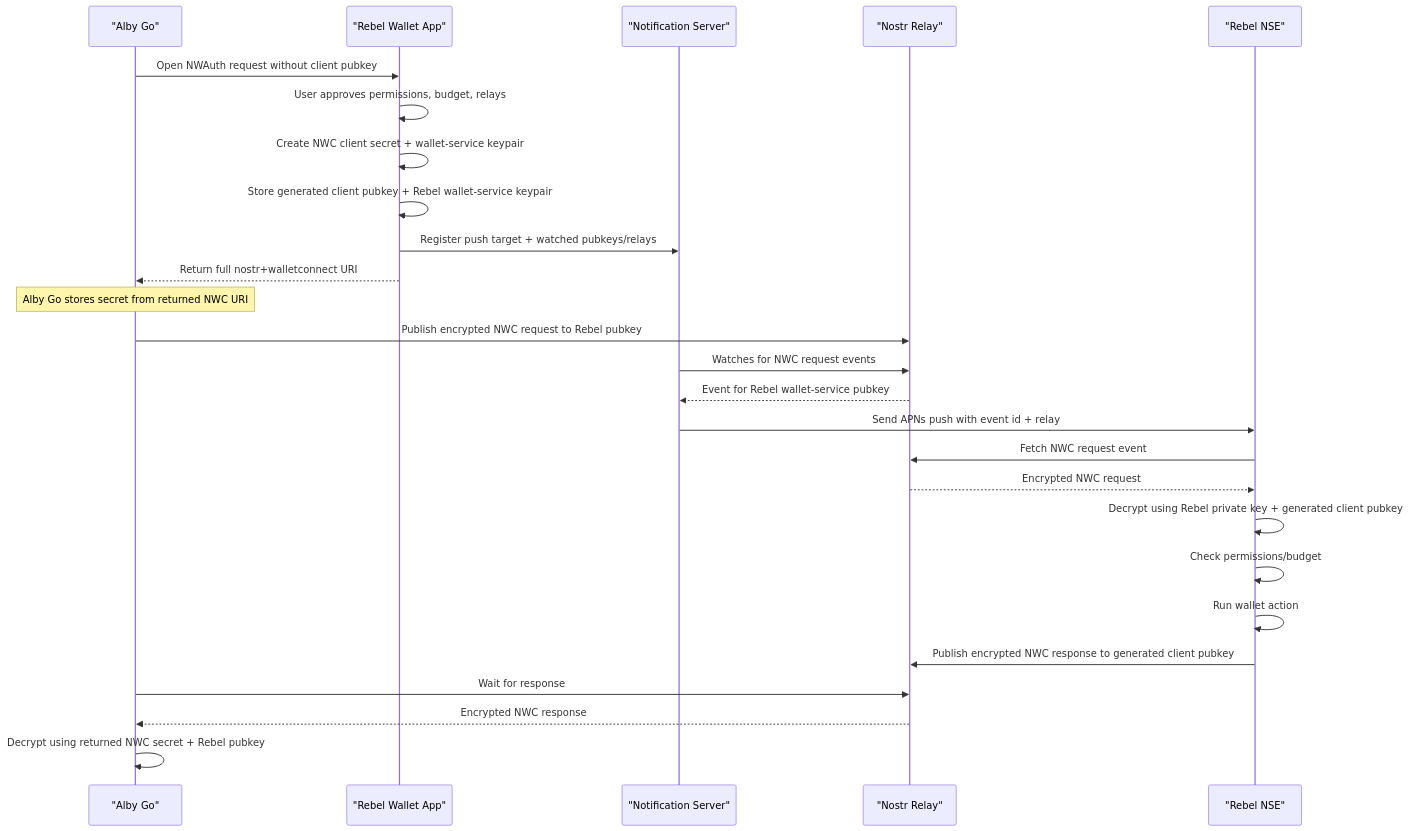
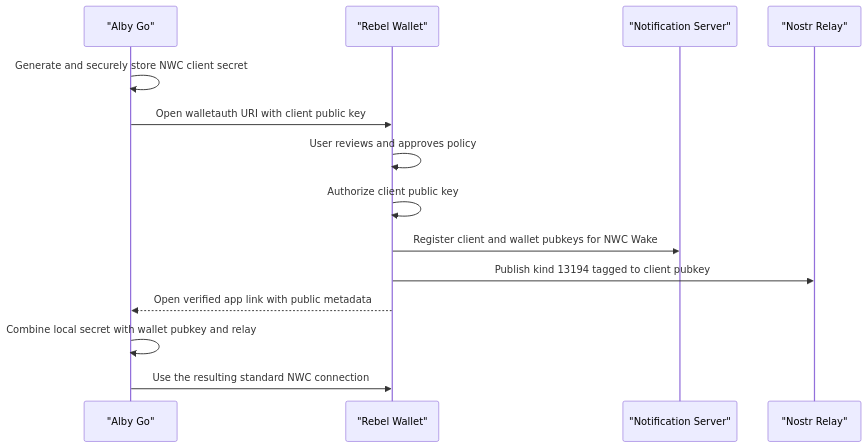
One commit to ntheile/nwc-wake-spec changed the diagram in nwauth-spec.md. Above: the diagram before and after it, drawn with Mermaid. The commit also changed other lines of this file, not shown here.

Commit message:
client nwa

````diff
--- a/nwauth-spec.md
+++ b/nwauth-spec.md
@@ -22,33 +48,17 @@
 ```mermaid
 sequenceDiagram
     participant A as "Alby Go"
-    participant R as "Rebel Wallet App"
+    participant R as "Rebel Wallet"
     participant NS as "Notification Server"
     participant Relay as "Nostr Relay"
-    participant NSE as "Rebel NSE"
 
-    A->>R: Open NWAuth request without client pubkey
-    R->>R: User approves permissions, budget, relays
-    R->>R: Create NWC client secret + wallet-service keypair
-    R->>R: Store generated client pubkey + Rebel wallet-service keypair
-    R->>NS: Register push target + watched pubkeys/relays
-    R-->>A: Return full nostr+walletconnect URI
-
-    Note over A: Alby Go stores secret from returned NWC URI
-    A->>Relay: Publish encrypted NWC request to Rebel pubkey
-
-    NS->>Relay: Watches for NWC request events
-    Relay-->>NS: Event for Rebel wallet-service pubkey
-    NS->>NSE: Send APNs push with event id + relay
-
-    NSE->>Relay: Fetch NWC request event
-    Relay-->>NSE: Encrypted NWC request
-    NSE->>NSE: Decrypt using Rebel private key + generated client pubkey
-    NSE->>NSE: Check permissions/budget
-    NSE->>NSE: Run wallet action
-    NSE->>Relay: Publish encrypted NWC response to generated client pubkey
-
-    A->>Relay: Wait for response
-    Relay-->>A: Encrypted NWC response
-    A->>A: Decrypt using returned NWC secret + Rebel pubkey
+    A->>A: Generate and securely store NWC client secret
+    A->>R: Open walletauth URI with client public key
+    R->>R: User reviews and approves policy
+    R->>R: Authorize client public key
+    R->>NS: Register client and wallet pubkeys for NWC Wake
+    R->>Relay: Publish kind 13194 tagged to client pubkey
+    R-->>A: Open verified app link with public metadata
+    A->>A: Combine local secret with wallet pubkey and relay
+    A->>R: Use the resulting standard NWC connection
 ```
````
